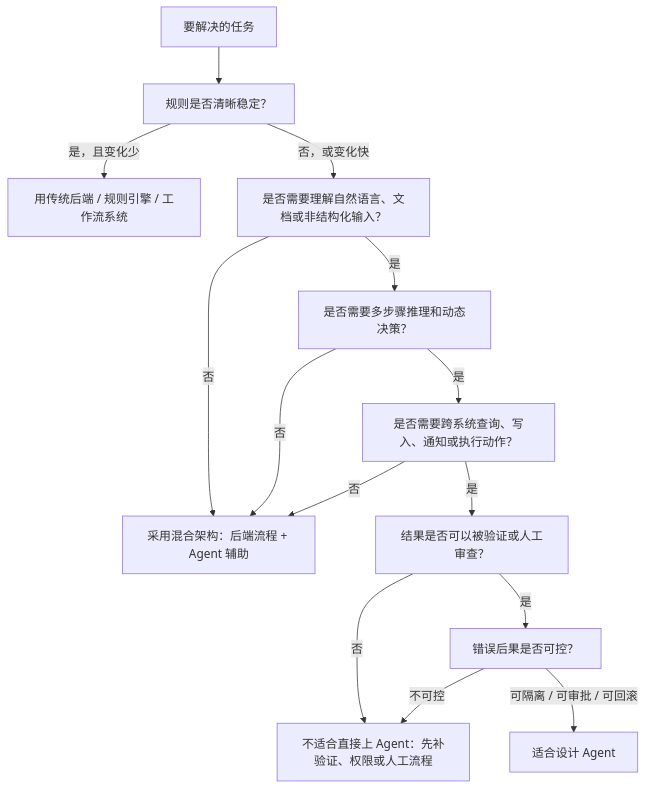
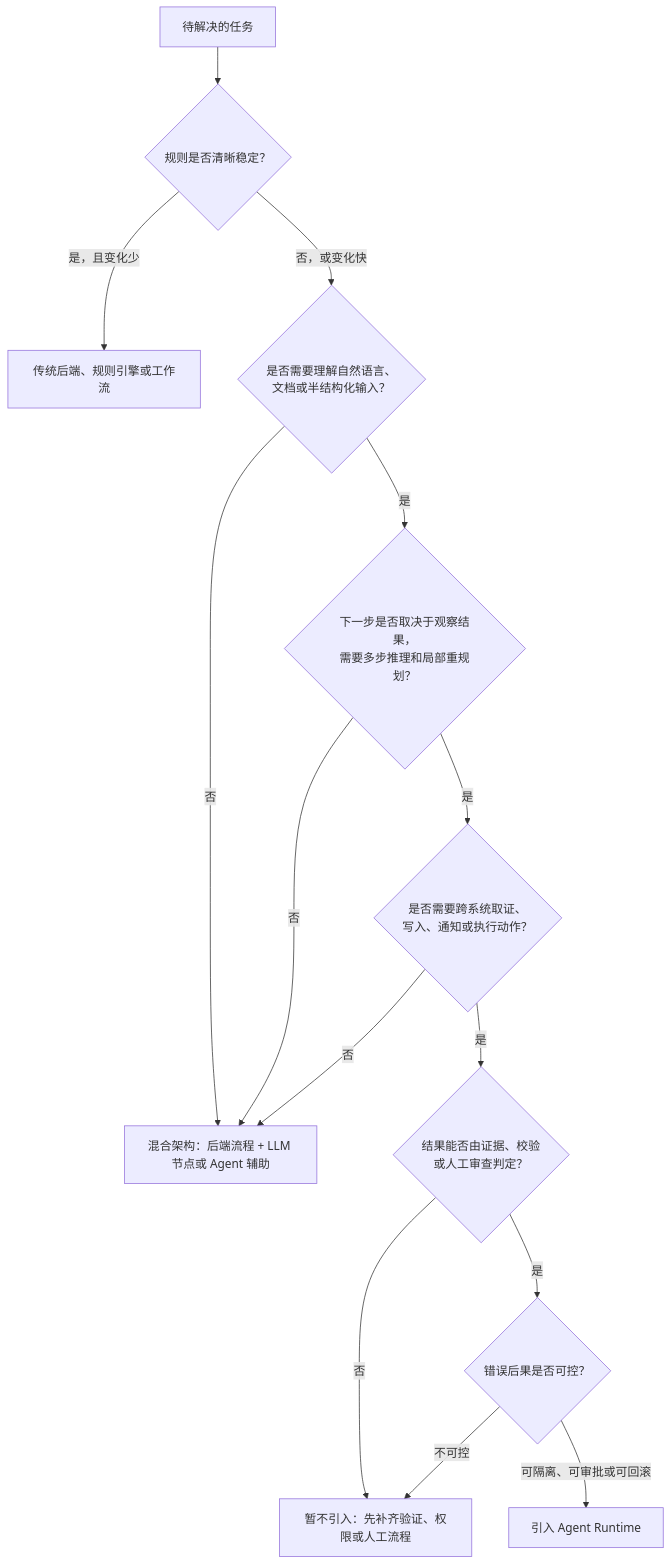
The first of 13 diagrams in books/ai-book/src/part3/03-agent-runtime.md (wxquare/wxquare.github.io), drawn with Mermaid before and after one commit. The commit also changed other lines of this file and 3 other files, not shown here.

Commit message:
docs(ai-book): refine protocol, runtime, tools, and governance chapters

````diff
--- a/books/ai-book/src/part3/03-agent-runtime.md
+++ b/books/ai-book/src/part3/03-agent-runtime.md
@@ -268,28 +63,28 @@
 ```mermaid
 flowchart TD
-    Start["要解决的任务"]
-    Rule["规则是否清晰稳定？"]
-    Deterministic["用传统后端 / 规则引擎 / 工作流系统"]
-    Language["是否需要理解自然语言、文档或非结构化输入？"]
-    MultiStep["是否需要多步骤推理和动态决策？"]
-    Tools["是否需要跨系统查询、写入、通知或执行动作？"]
-    Verify["结果是否可以被验证或人工审查？"]
-    Risk["错误后果是否可控？"]
-    Agent["适合设计 Agent"]
-    Hybrid["采用混合架构：后端流程 + Agent 辅助"]
-    NotReady["不适合直接上 Agent：先补验证、权限或人工流程"]
+    Start["待解决的任务"]
+    Rule{"规则是否清晰稳定？"}
+    Deterministic["传统后端、规则引擎或工作流"]
+    Language{"是否需要理解自然语言、<br/>文档或半结构化输入？"}
+    MultiStep{"下一步是否取决于观察结果，<br/>需要多步推理和局部重规划？"}
+    Tools{"是否需要跨系统取证、<br/>写入、通知或执行动作？"}
+    Verify{"结果能否由证据、校验<br/>或人工审查判定？"}
+    Risk{"错误后果是否可控？"}
+    Agent["引入 Agent Runtime"]
+    Hybrid["混合架构：后端流程 + LLM 节点或 Agent 辅助"]
+    NotReady["暂不引入：先补齐验证、权限或人工流程"]
 
     Start --> Rule
     Rule -->|"是，且变化少"| Deterministic
     Rule -->|"否，或变化快"| Language
     Language -->|"否"| Hybrid
     Language -->|"是"| MultiStep
     MultiStep -->|"否"| Hybrid
     MultiStep -->|"是"| Tools
     Tools -->|"否"| Hybrid
     Tools -->|"是"| Verify
     Verify -->|"否"| NotReady
     Verify -->|"是"| Risk
     Risk -->|"不可控"| NotReady
-    Risk -->|"可隔离 / 可审批 / 可回滚"| Agent
+    Risk -->|"可隔离、可审批或可回滚"| Agent
 ```
````
